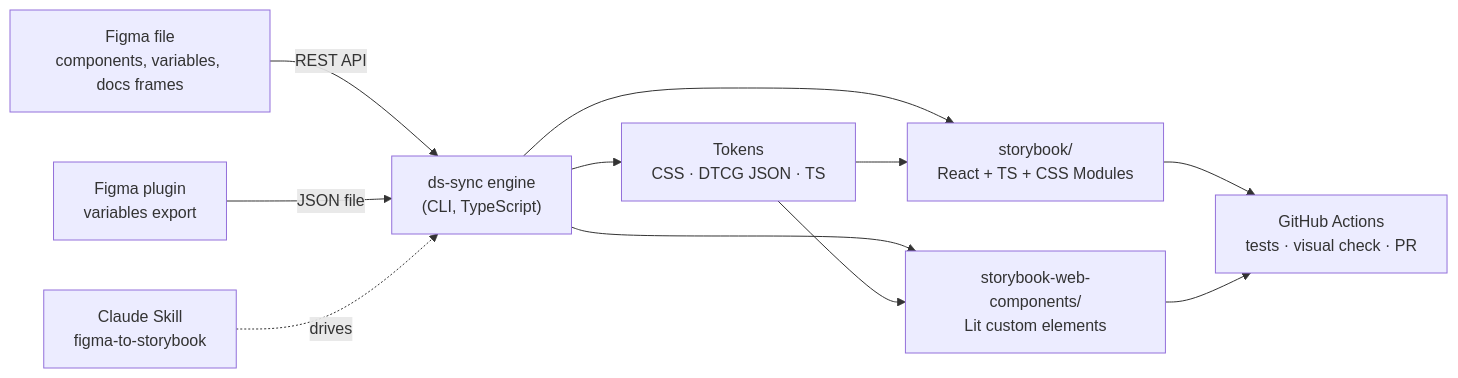
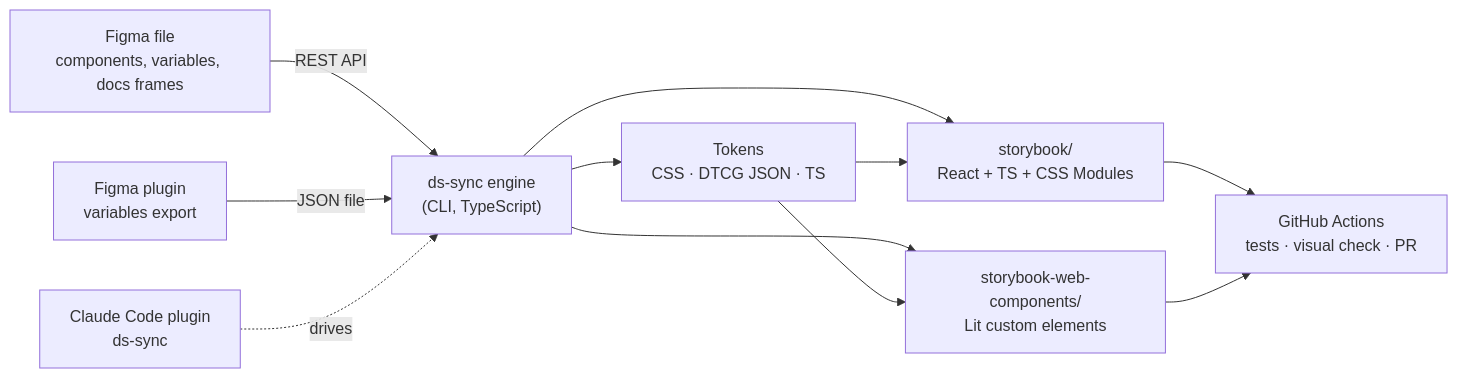
One commit to shivanshu-epam/ds-to-storybook changed the first of 11 diagrams in ARCHITECTURE.md. Above: the diagram before and after it, drawn with Mermaid. The commit also changed other lines of this file and 30 other files, not shown here.

````diff
--- a/ARCHITECTURE.md
+++ b/ARCHITECTURE.md
@@ -9,13 +9,13 @@
 ```mermaid
 flowchart LR
     F["Figma file<br/>components, variables, docs frames"] -->|REST API| E["ds-sync engine<br/>(CLI, TypeScript)"]
     P["Figma plugin<br/>variables export"] -->|JSON file| E
     E --> R["storybook/<br/>React + TS + CSS Modules"]
     E --> W["storybook-web-components/<br/>Lit custom elements"]
     E --> T["Tokens<br/>CSS · DTCG JSON · TS"]
     T --> R
     T --> W
     R --> CI["GitHub Actions<br/>tests · visual check · PR"]
     W --> CI
-    S["Claude Skill<br/>figma-to-storybook"] -. drives .-> E
+    S["Claude Code plugin<br/>ds-sync"] -. drives .-> E
 ```
````
